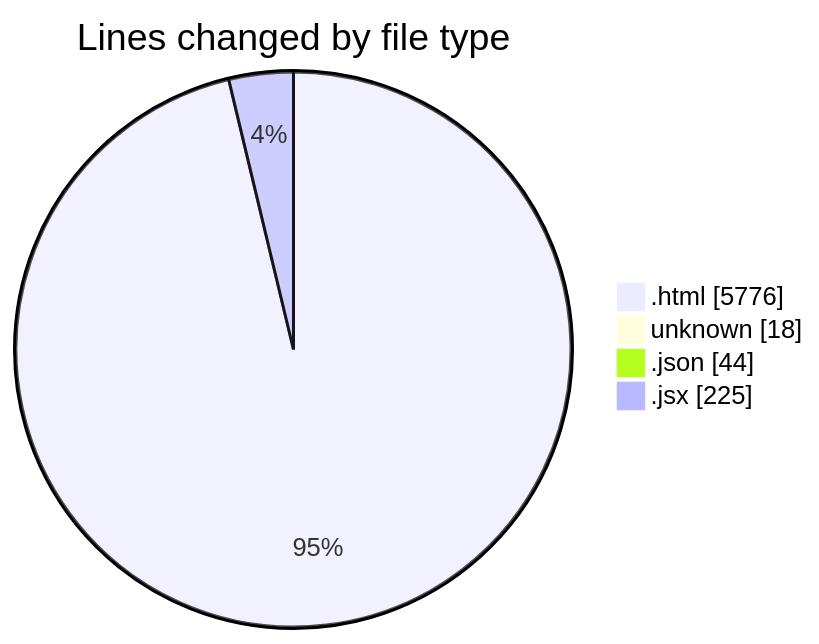
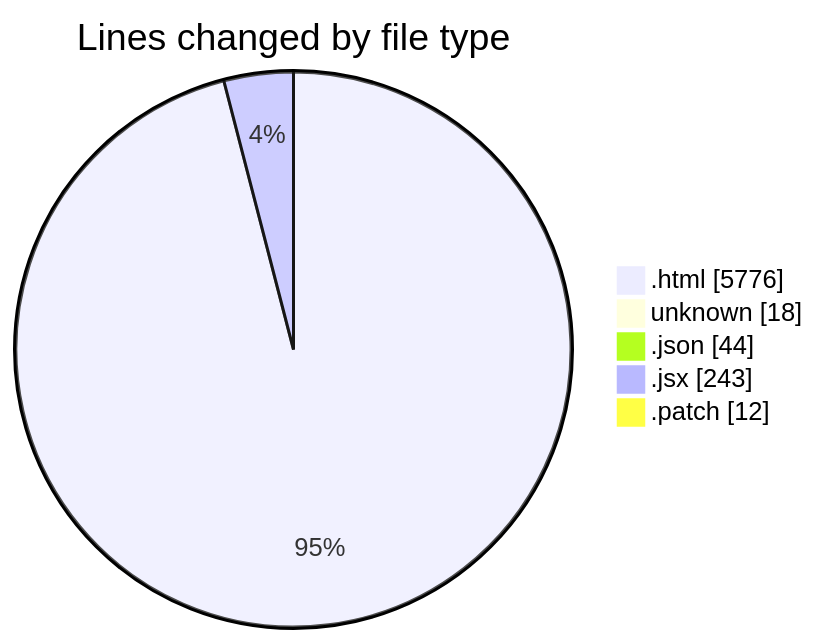
Before and after one commit to Ritupan-Deka/code-tracking: the first of 2 diagrams in 2025-06-17/projects/README.md, drawn with Mermaid. The commit also changed other lines of this file and 1 other file, not shown here.

````diff
--- a/2025-06-17/projects/README.md
+++ b/2025-06-17/projects/README.md
@@ -24,8 +25,9 @@
 ```mermaid
 pie showData
 title Lines changed by file type
 ".html" : 5776
 "unknown" : 18
 ".json" : 44
-".jsx" : 225
+".jsx" : 243
+".patch" : 12
 ```
````
